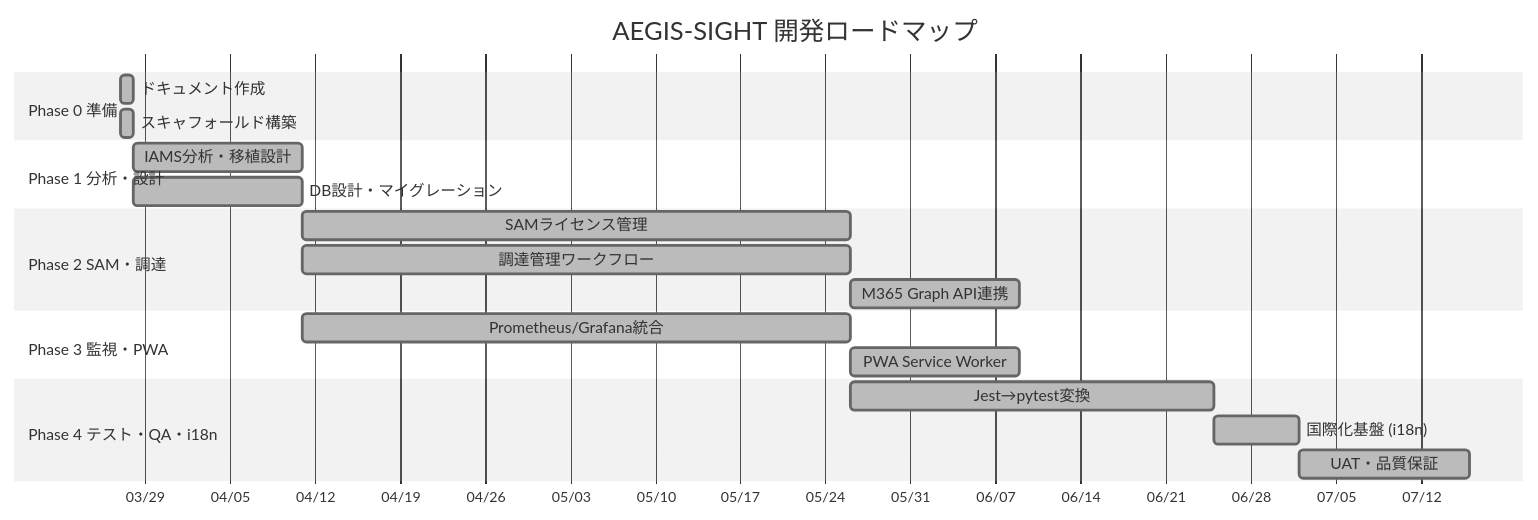
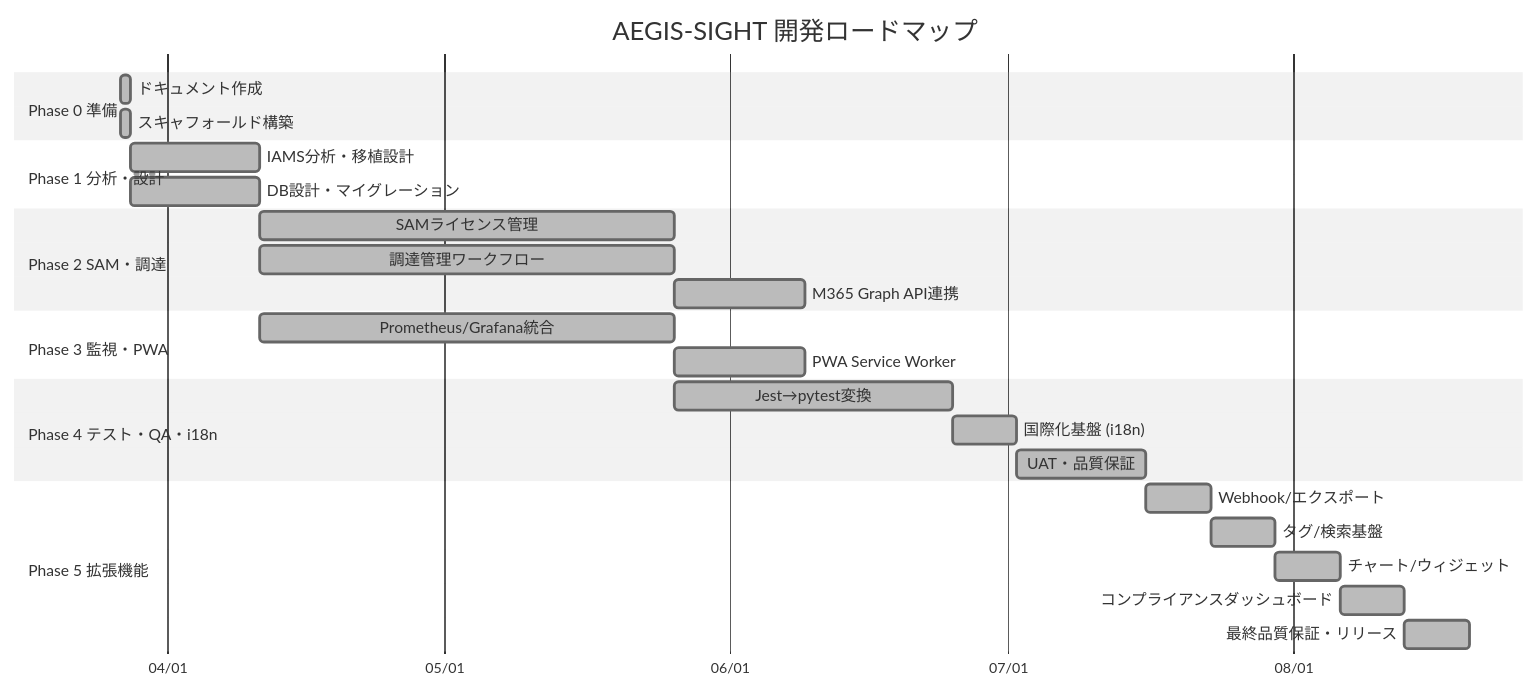
The second of 3 diagrams in README.md (Kensan196948G/AEGIS-SIGHT), drawn with Mermaid (neutral theme) before and after one commit. The commit also changed other lines of this file and 3 other files, not shown here.

First line of the commit message:
docs: Phase30 README最終更新・v0.30.0リリース・PROJECT_STATUS

````diff
--- a/README.md
+++ b/README.md
@@ -254,28 +257,35 @@
 ```mermaid
 gantt
     title AEGIS-SIGHT 開発ロードマップ
     dateFormat  YYYY-MM-DD
     axisFormat  %m/%d
 
     section Phase 0 準備
     ドキュメント作成           :done, p0a, 2026-03-27, 1d
     スキャフォールド構築       :done, p0b, 2026-03-27, 1d
 
     section Phase 1 分析・設計
     IAMS分析・移植設計         :done, p1a, 2026-03-28, 14d
     DB設計・マイグレーション   :done, p1b, 2026-03-28, 14d
 
     section Phase 2 SAM・調達
     SAMライセンス管理          :done, p2a, after p1a, 45d
     調達管理ワークフロー       :done, p2b, after p1a, 45d
     M365 Graph API連携         :done, p2c, after p2a, 14d
 
     section Phase 3 監視・PWA
     Prometheus/Grafana統合      :done, p3a, after p1a, 45d
     PWA Service Worker          :done, p3b, after p3a, 14d
 
     section Phase 4 テスト・QA・i18n
     Jest→pytest変換            :done, p4a, after p2a, 30d
     国際化基盤 (i18n)           :done, p4c, after p4a, 7d
     UAT・品質保証              :done, p4b, after p4c, 14d
+
+    section Phase 5 拡張機能
+    Webhook/エクスポート        :done, p5a, after p4b, 7d
+    タグ/検索基盤               :done, p5b, after p5a, 7d
+    チャート/ウィジェット       :done, p5c, after p5b, 7d
+    コンプライアンスダッシュボード :done, p5d, after p5c, 7d
+    最終品質保証・リリース      :done, p5e, after p5d, 7d
 ```
````
